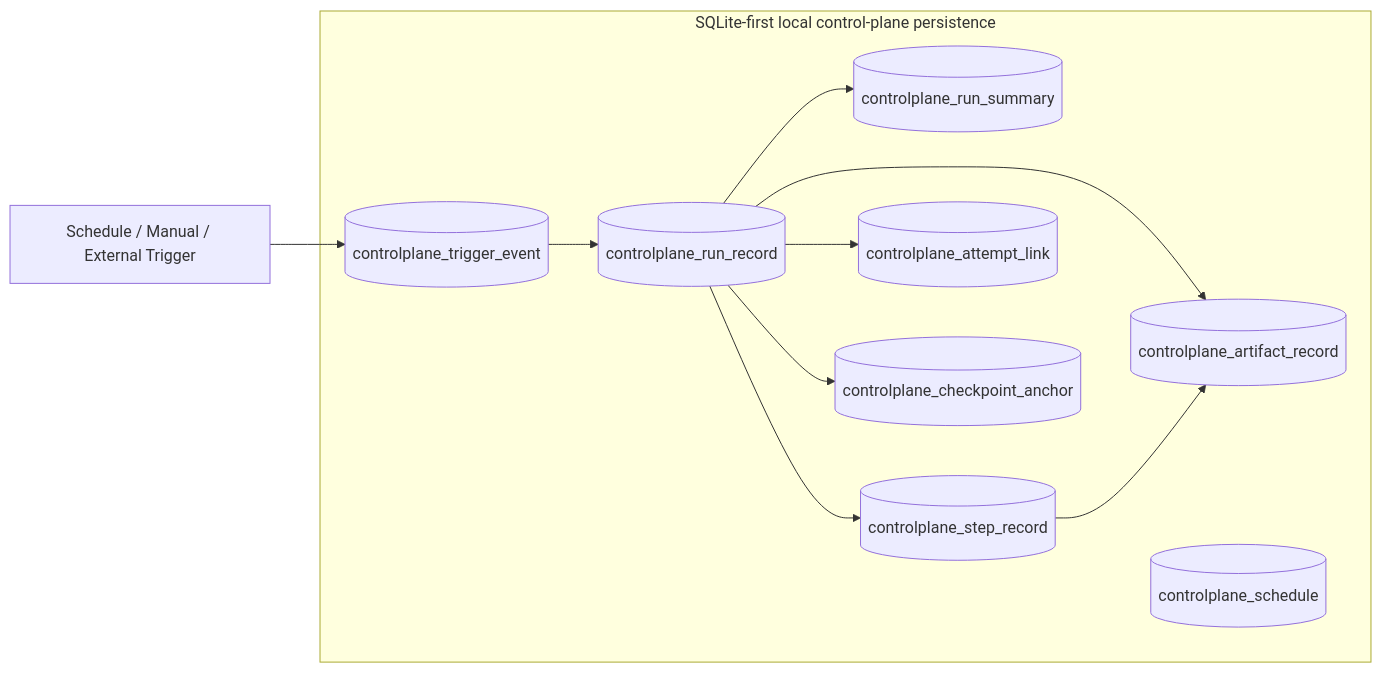
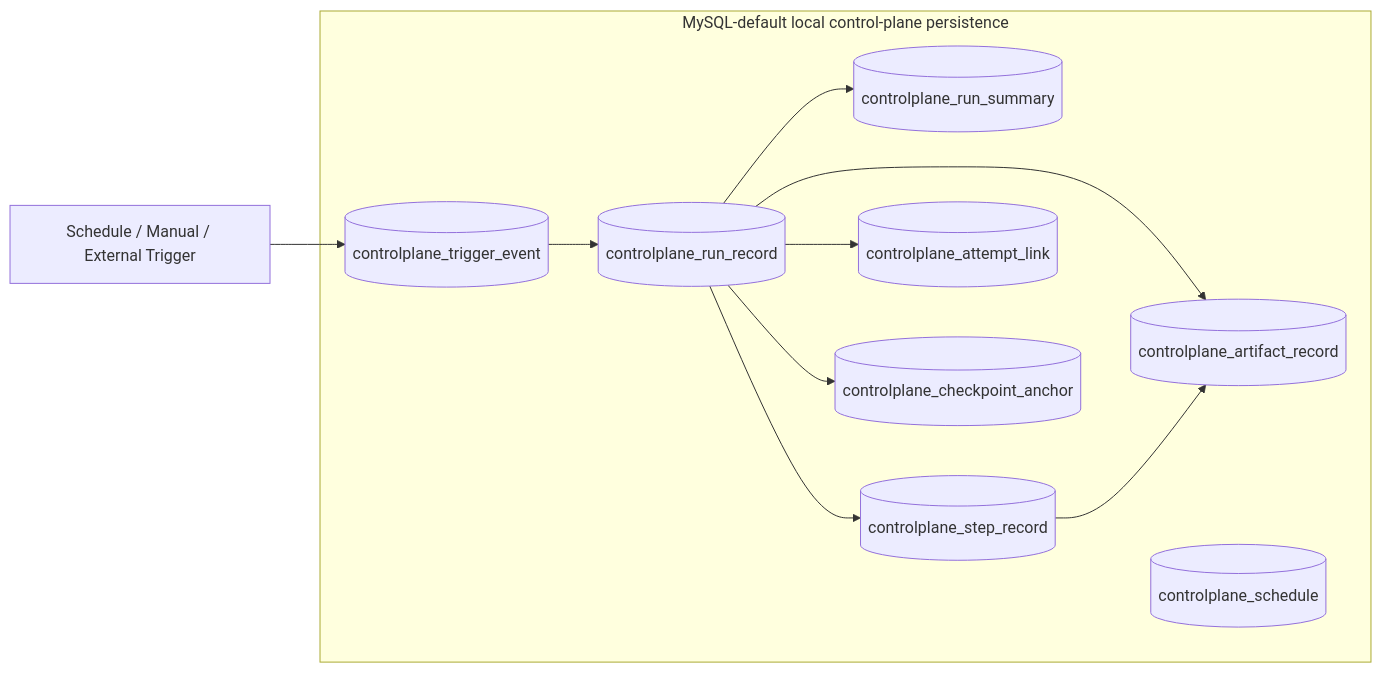
The first of 2 diagrams in docs/architecture/control-plane/control-plane-local-relational-schema.md (kbalanandam/spring-etl-engine), drawn with Mermaid before and after one commit. The commit also changed other lines of this file and 6 other files, not shown here.

Commit message:
Simplify control-plane trigger event origin schema

````diff
--- a/docs/architecture/control-plane/control-plane-local-relational-schema.md
+++ b/docs/architecture/control-plane/control-plane-local-relational-schema.md
@@ -63,22 +65,22 @@
 ```mermaid
 flowchart LR
     TriggerSources[Schedule / Manual / External Trigger] --> TriggerEventTable[(controlplane_trigger_event)]
     TriggerEventTable --> RunRecordTable[(controlplane_run_record)]
     RunRecordTable --> RunSummaryTable[(controlplane_run_summary)]
     RunRecordTable --> StepRecordTable[(controlplane_step_record)]
     RunRecordTable --> ArtifactRecordTable[(controlplane_artifact_record)]
     StepRecordTable --> ArtifactRecordTable
     RunRecordTable --> AttemptLinkTable[(controlplane_attempt_link)]
     RunRecordTable --> CheckpointAnchorTable[(controlplane_checkpoint_anchor)]
 
-    subgraph LocalFirst[SQLite-first local control-plane persistence]
+    subgraph LocalFirst[MySQL-default local control-plane persistence]
         ScheduleTable[(controlplane_schedule)]
         TriggerEventTable
         RunRecordTable
         RunSummaryTable
         StepRecordTable
         ArtifactRecordTable
         AttemptLinkTable
         CheckpointAnchorTable
     end
 ```
````
